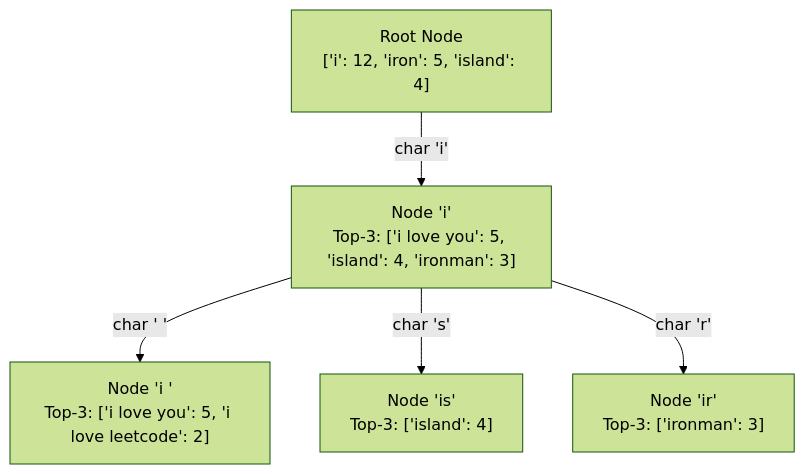
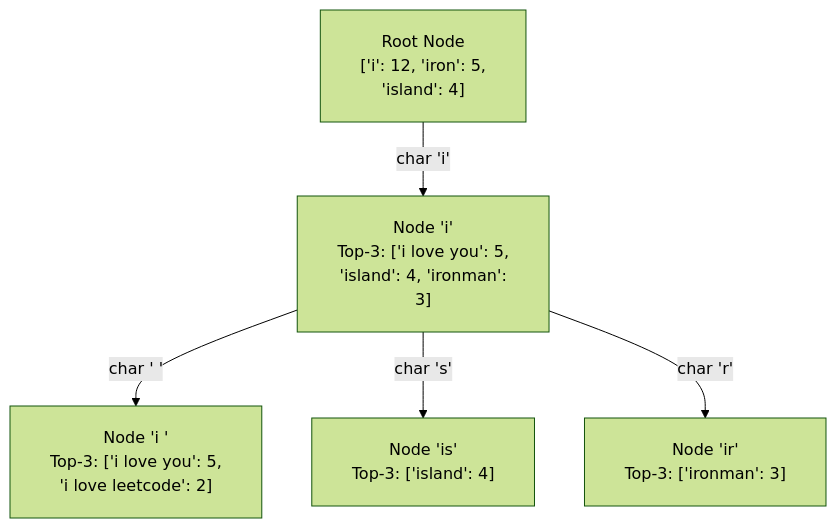
One commit to dip4k/DSA_102 changed the second of 3 diagrams in LLD/03_Tier3_DSA_Screening/29_Search_Autocomplete_System.md. Above: the diagram before and after it, drawn with Mermaid (forest theme). The commit also changed other lines of this file and 108 other files, not shown here.

First line of the commit message:
fix(mermaid): resolve diagram clipping, padding, and syntax issues across repo

````diff
--- a/LLD/03_Tier3_DSA_Screening/29_Search_Autocomplete_System.md
+++ b/LLD/03_Tier3_DSA_Screening/29_Search_Autocomplete_System.md
@@ -37,8 +38,9 @@
 ```mermaid
+%%{init: {"flowchart": {"htmlLabels": true, "padding": 20}}}%%
 graph TD
-    Root["Root Node<br/>['i': 12, 'iron': 5, 'island': 4]"]
-    Root -->|"char 'i'"| NodeI["Node 'i'<br/>Top-3: ['i love you': 5, 'island': 4, 'ironman': 3]"]
-    NodeI -->|"char ' '"| NodeISpace["Node 'i '<br/>Top-3: ['i love you': 5, 'i love leetcode': 2]"]
+    Root["Root Node<br/>['i': 12, 'iron': 5,<br/>'island': 4]"]
+    Root -->|"char 'i'"| NodeI["Node 'i'<br/>Top-3: ['i love you': 5,<br/>'island': 4, 'ironman':<br/>3]"]
+    NodeI -->|"char ' '"| NodeISpace["Node 'i '<br/>Top-3: ['i love you': 5,<br/>'i love leetcode': 2]"]
     NodeI -->|"char 's'"| NodeIS["Node 'is'<br/>Top-3: ['island': 4]"]
     NodeI -->|"char 'r'"| NodeIR["Node 'ir'<br/>Top-3: ['ironman': 3]"]
 ```
````
